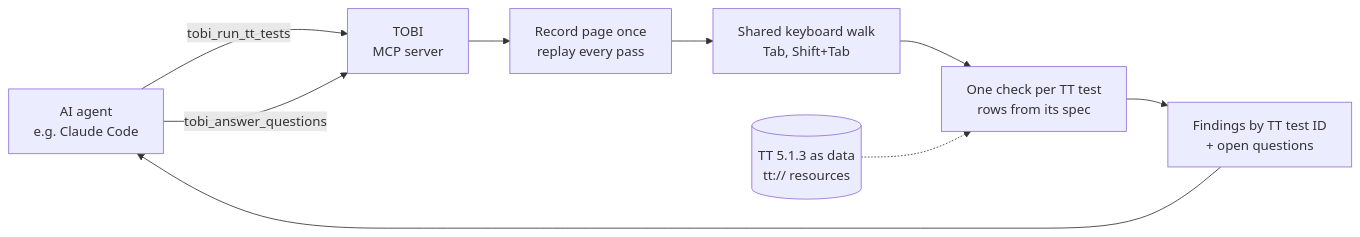
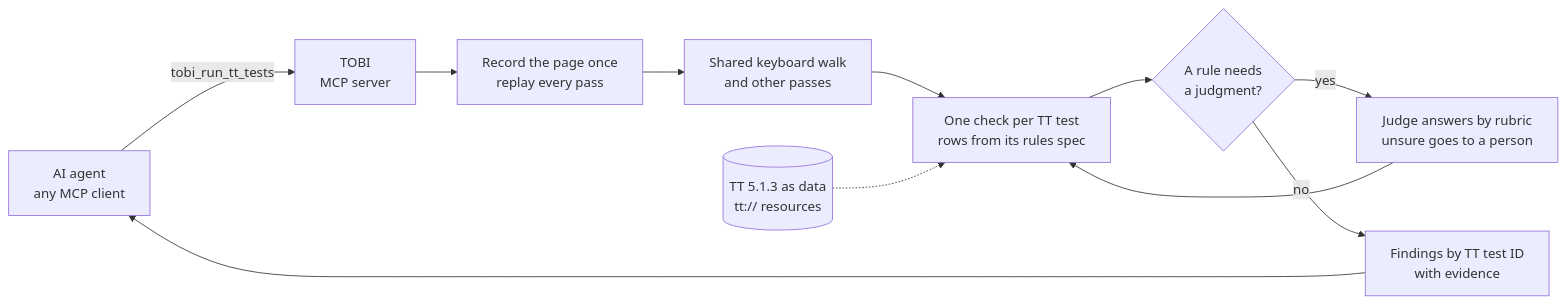
Before and after one commit to abbybowman/tobi508: the diagram in docs/hackathon/deck.md, drawn with Mermaid. The commit also changed other lines of this file and 5 other files, not shown here.

First line of the commit message:
Roadmap: the middle path to Nov 20; hackathon docs rewritten; code review handoff

````diff
--- a/docs/hackathon/deck.md
+++ b/docs/hackathon/deck.md
@@ -65,11 +65,13 @@
 ```mermaid
 flowchart LR
-  A[AI agent<br/>e.g. Claude Code] -->|tobi_run_tt_tests| S[TOBI<br/>MCP server]
-  A -->|tobi_answer_questions| S
-  S --> R[Record page once<br/>replay every pass]
-  R --> W[Shared keyboard walk<br/>Tab, Shift+Tab]
-  W --> C[One check per TT test<br/>rows from its spec]
-  C --> F[Findings by TT test ID<br/>+ open questions]
+  A[AI agent<br/>any MCP client] -->|tobi_run_tt_tests| S[TOBI<br/>MCP server]
+  S --> R[Record the page once<br/>replay every pass]
+  R --> W[Shared keyboard walk<br/>and other passes]
+  W --> C[One check per TT test<br/>rows from its rules spec]
+  C --> Q{A rule needs<br/>a judgment?}
+  Q -->|yes| J[Judge answers by rubric<br/>unsure goes to a person]
+  J --> C
+  Q -->|no| F[Findings by TT test ID<br/>with evidence]
   F --> A
   T[(TT 5.1.3 as data<br/>tt:// resources)] -.-> C
 ```
````
